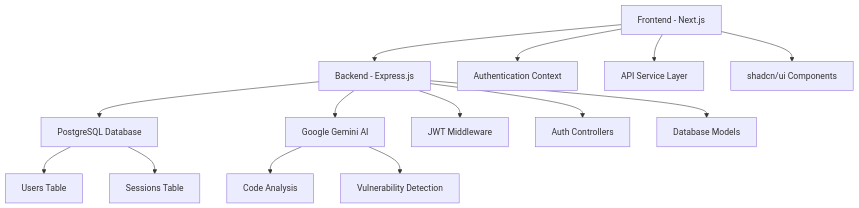
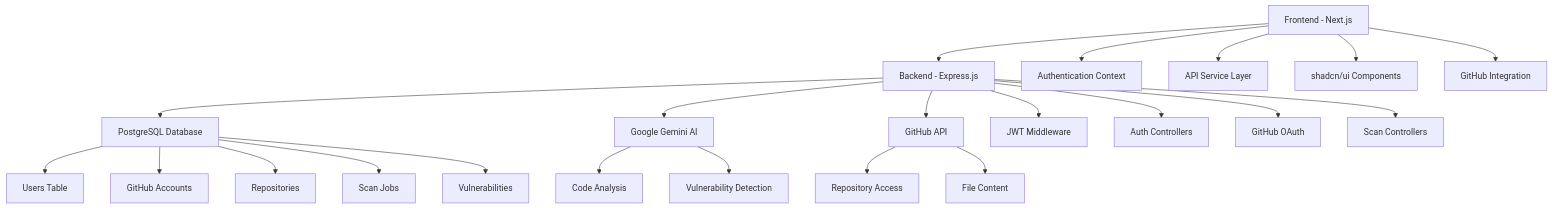
One commit to Nishchit-Dev/Corgea-app changed the diagram in README.md. Above: the diagram before and after it, drawn with Mermaid. The commit also changed other lines of this file, not shown here.

````diff
--- a/README.md
+++ b/README.md
@@ -52,20 +92,29 @@
 ```mermaid
 graph TB
     A[Frontend - Next.js] --> B[Backend - Express.js]
     B --> C[PostgreSQL Database]
     B --> D[Google Gemini AI]
+    B --> E[GitHub API]
     
-    A --> E[Authentication Context]
-    A --> F[API Service Layer]
-    A --> G[shadcn/ui Components]
+    A --> F[Authentication Context]
+    A --> G[API Service Layer]
+    A --> H[shadcn/ui Components]
+    A --> I[GitHub Integration]
     
-    B --> H[JWT Middleware]
-    B --> I[Auth Controllers]
-    B --> J[Database Models]
+    B --> J[JWT Middleware]
+    B --> K[Auth Controllers]
+    B --> L[GitHub OAuth]
+    B --> M[Scan Controllers]
     
-    C --> K[Users Table]
-    C --> L[Sessions Table]
+    C --> N[Users Table]
+    C --> O[GitHub Accounts]
+    C --> P[Repositories]
+    C --> Q[Scan Jobs]
+    C --> R[Vulnerabilities]
     
-    D --> M[Code Analysis]
-    D --> N[Vulnerability Detection]
+    D --> S[Code Analysis]
+    D --> T[Vulnerability Detection]
+    
+    E --> U[Repository Access]
+    E --> V[File Content]
 ```
````
